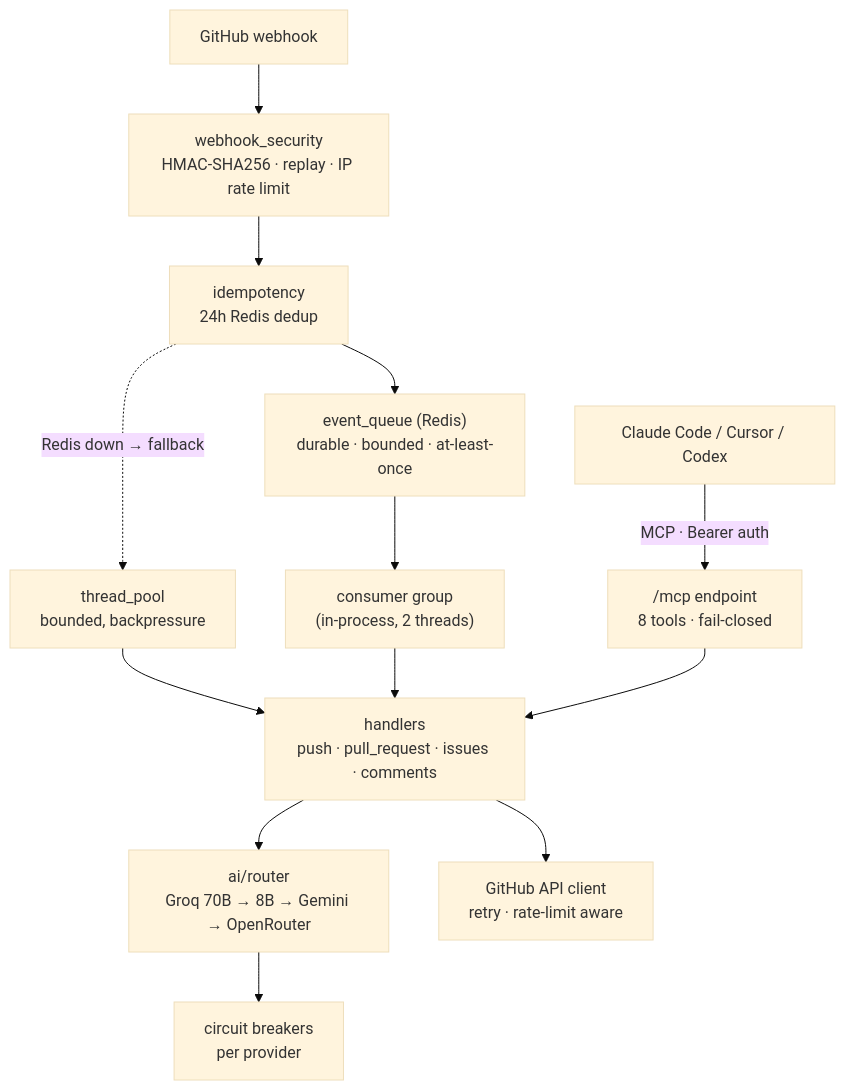
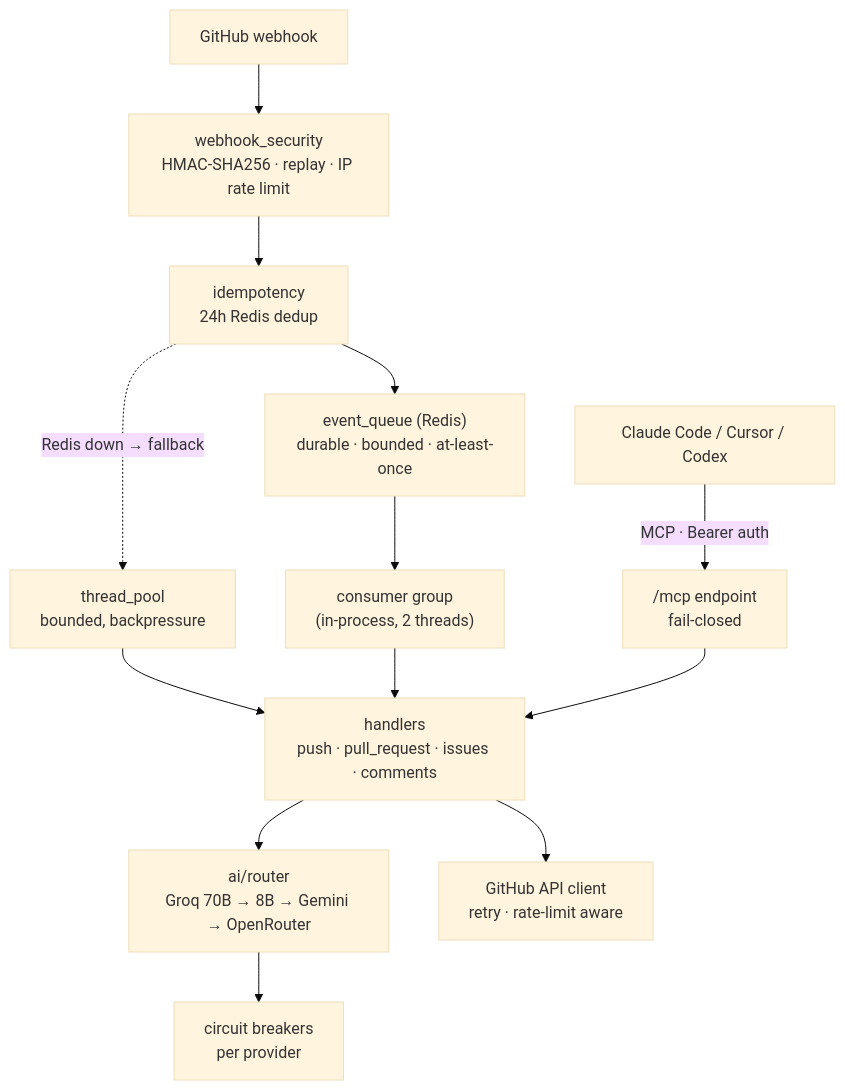
Before and after one commit to Shweta-Mishra-ai/github-autopilot: the first of 2 diagrams in README.md, drawn with Mermaid (base theme). The commit also changed other lines of this file and 7 other files, not shown here.

````diff
--- a/README.md
+++ b/README.md
@@ -159,15 +175,15 @@
 ```mermaid
 flowchart TB
     GH[GitHub webhook] --> SEC["webhook_security<br/>HMAC-SHA256 · replay · IP rate limit"]
     SEC --> IDEM["idempotency<br/>24h Redis dedup"]
     IDEM --> Q["event_queue (Redis)<br/>durable · bounded · at-least-once"]
     Q --> C["consumer group<br/>(in-process, 2 threads)"]
     IDEM -. "Redis down → fallback" .-> TP["thread_pool<br/>bounded, backpressure"]
     TP --> H
     C --> H["handlers<br/>push · pull_request · issues · comments"]
     H --> R["ai/router<br/>Groq 70B → 8B → Gemini → OpenRouter"]
     R --> CB["circuit breakers<br/>per provider"]
     H --> GHA["GitHub API client<br/>retry · rate-limit aware"]
-    IDE["Claude Code / Cursor / Codex"] -->|"MCP · Bearer auth"| MCP["/mcp endpoint<br/>8 tools · fail-closed"]
+    IDE["Claude Code / Cursor / Codex"] -->|"MCP · Bearer auth"| MCP["/mcp endpoint<br/>fail-closed"]
     MCP --> H
 ```
````
